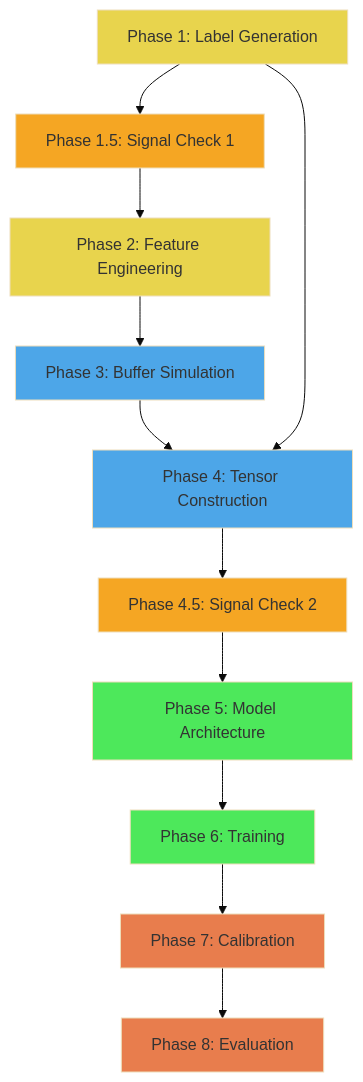
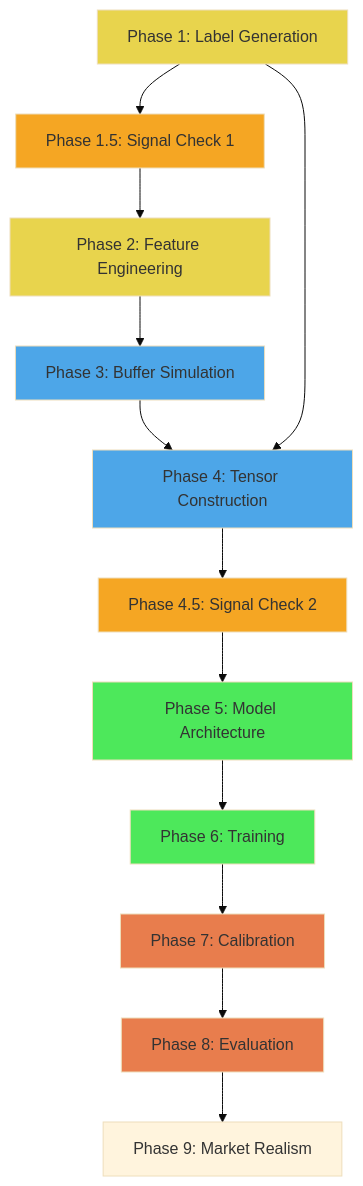
Before and after one commit to PGowtam/Overshot-Predictor: the diagram in Resources/implementation.md, drawn with Mermaid (base theme). The commit also changed other lines of this file and 2 other files, not shown here.

First line of the commit message:
docs: add Phase 9 (Market Realism Recalibration) to all documentation

````diff
--- a/Resources/implementation.md
+++ b/Resources/implementation.md
@@ -724,24 +755,25 @@
 ```mermaid
 graph TD
     P1["Phase 1: Label Generation"] --> P1_5["Phase 1.5: Signal Check 1"]
     P1_5 --> P2["Phase 2: Feature Engineering"]
     P2 --> P3["Phase 3: Buffer Simulation"]
     P3 --> P4["Phase 4: Tensor Construction"]
     P4 --> P4_5["Phase 4.5: Signal Check 2"]
     P4_5 --> P5["Phase 5: Model Architecture"]
     P5 --> P6["Phase 6: Training"]
     P6 --> P7["Phase 7: Calibration"]
     P7 --> P8["Phase 8: Evaluation"]
+    P8 --> P9["Phase 9: Market Realism"]
     P1 --> P4
     
     style P1 fill:#e8d44d
     style P1_5 fill:#f5a623
     style P2 fill:#e8d44d
     style P3 fill:#4da6e8
     style P4 fill:#4da6e8
     style P4_5 fill:#f5a623
     style P5 fill:#4de85b
     style P6 fill:#4de85b
     style P7 fill:#e87d4d
     style P8 fill:#e87d4d
 ```
````
